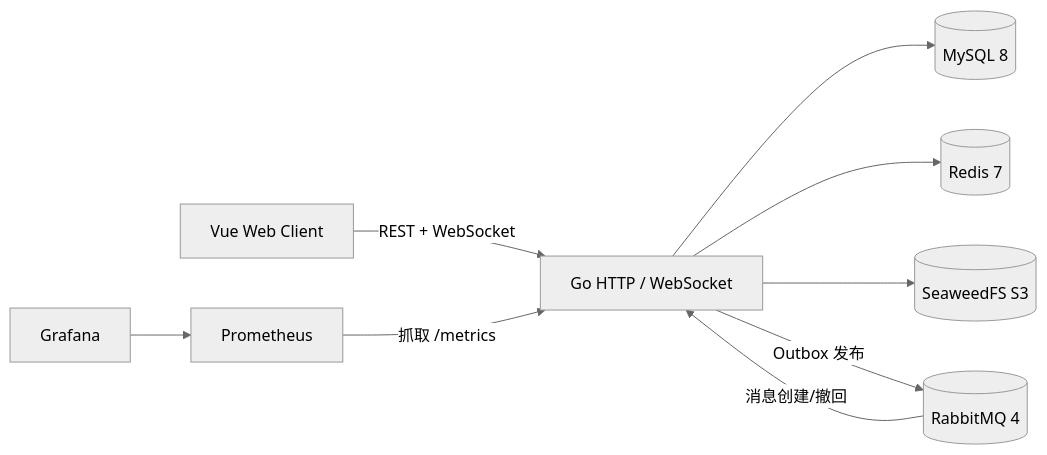
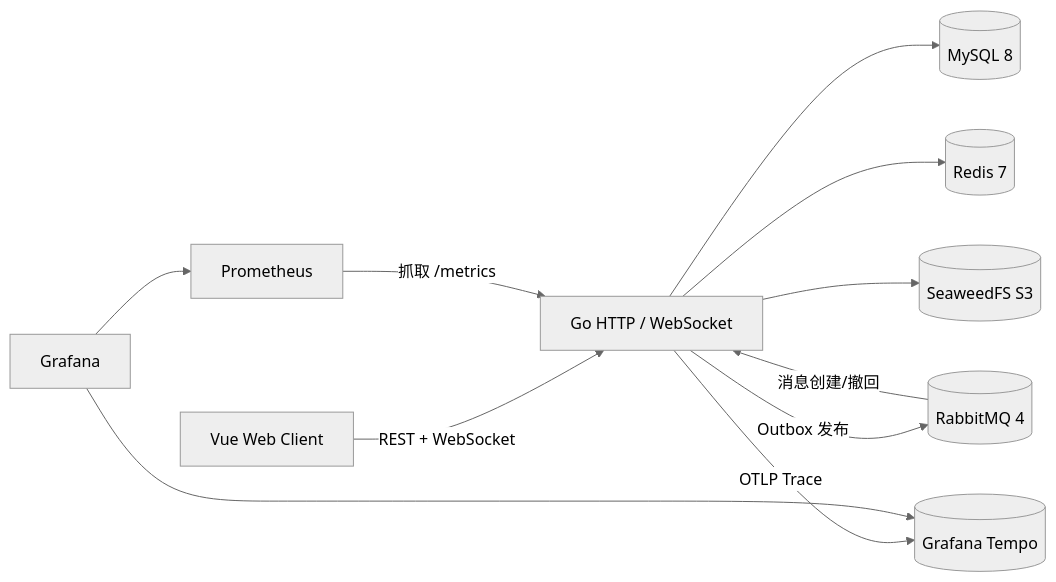
Before and after one commit to PYang176/RelayIM: the diagram in README.md, drawn with Mermaid (neutral theme). The commit also changed other lines of this file and 15 other files, not shown here.

````diff
--- a/README.md
+++ b/README.md
@@ -33,20 +35,23 @@
 ```mermaid
 flowchart LR
     Web[Vue Web Client]
     API[Go HTTP / WebSocket]
     MySQL[(MySQL 8)]
     Redis[(Redis 7)]
     Rabbit[(RabbitMQ 4)]
     S3[(SeaweedFS S3)]
+    Tempo[(Grafana Tempo)]
     Prom[Prometheus]
     Grafana[Grafana]
 
     Web -->|REST + WebSocket| API
     API --> MySQL
     API --> Redis
     API --> S3
+    API -->|OTLP Trace| Tempo
     API -->|Outbox 发布| Rabbit
     Rabbit -->|消息创建/撤回| API
     Prom -->|抓取 /metrics| API
     Grafana --> Prom
+    Grafana --> Tempo
 ```
````
